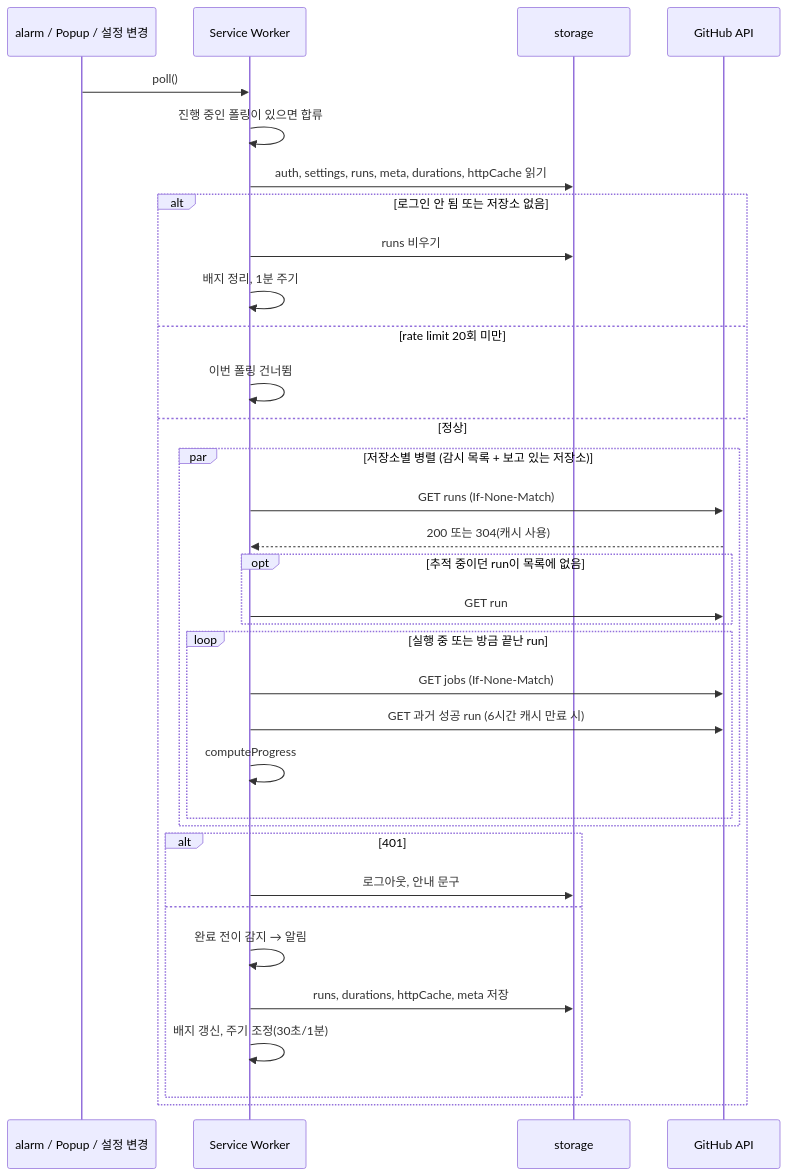
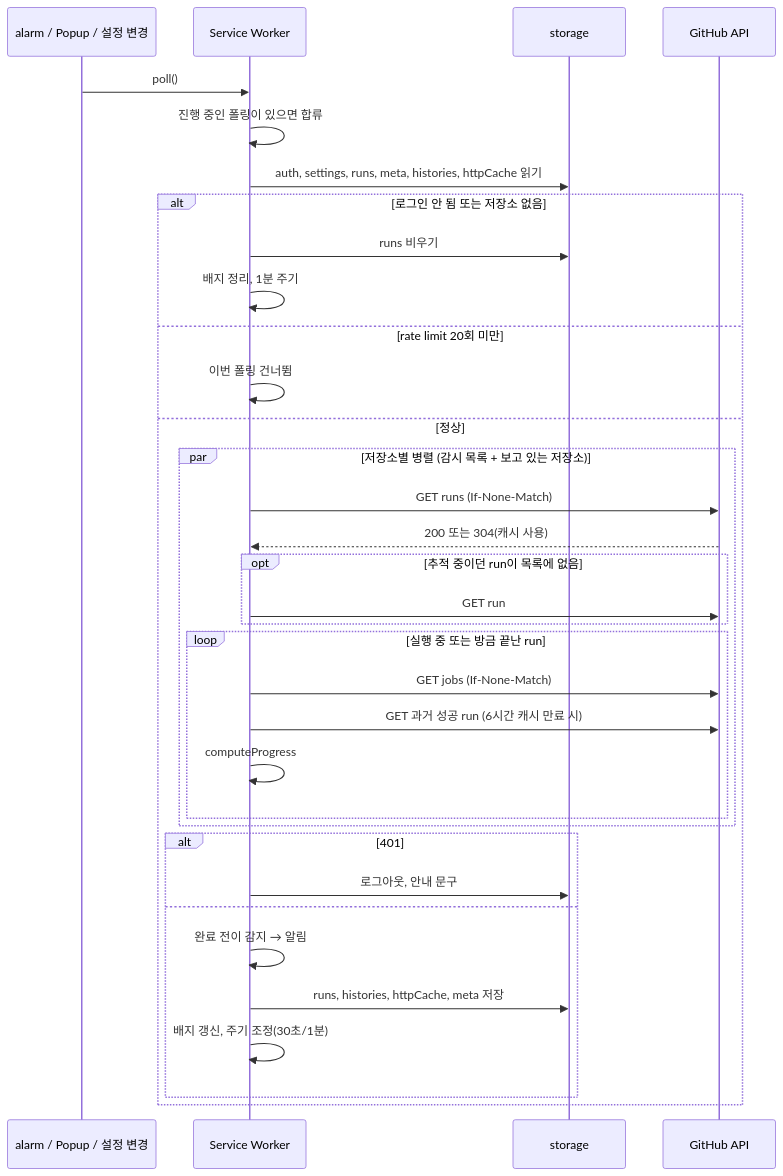
The second of 2 diagrams in docs/DESIGN.md (gugitgugit/live-actions), drawn with Mermaid before and after one commit. The commit also changed other lines of this file and 27 other files, not shown here.

````diff
--- a/docs/DESIGN.md
+++ b/docs/DESIGN.md
@@ -1277,37 +967,37 @@
 ```mermaid
 sequenceDiagram
   participant A as alarm / Popup / 설정 변경
   participant SW as Service Worker
   participant S as storage
   participant GH as GitHub API
 
   A->>SW: poll()
   SW->>SW: 진행 중인 폴링이 있으면 합류
-  SW->>S: auth, settings, runs, meta, durations, httpCache 읽기
+  SW->>S: auth, settings, runs, meta, histories, httpCache 읽기
   alt 로그인 안 됨 또는 저장소 없음
     SW->>S: runs 비우기
     SW->>SW: 배지 정리, 1분 주기
   else rate limit 20회 미만
     SW->>SW: 이번 폴링 건너뜀
   else 정상
     par 저장소별 병렬 (감시 목록 + 보고 있는 저장소)
       SW->>GH: GET runs (If-None-Match)
       GH-->>SW: 200 또는 304(캐시 사용)
       opt 추적 중이던 run이 목록에 없음
         SW->>GH: GET run
       end
       loop 실행 중 또는 방금 끝난 run
         SW->>GH: GET jobs (If-None-Match)
         SW->>GH: GET 과거 성공 run (6시간 캐시 만료 시)
         SW->>SW: computeProgress
       end
     end
     alt 401
       SW->>S: 로그아웃, 안내 문구
     else
       SW->>SW: 완료 전이 감지 → 알림
-      SW->>S: runs, durations, httpCache, meta 저장
+      SW->>S: runs, histories, httpCache, meta 저장
       SW->>SW: 배지 갱신, 주기 조정(30초/1분)
     end
   end
 ```
````
